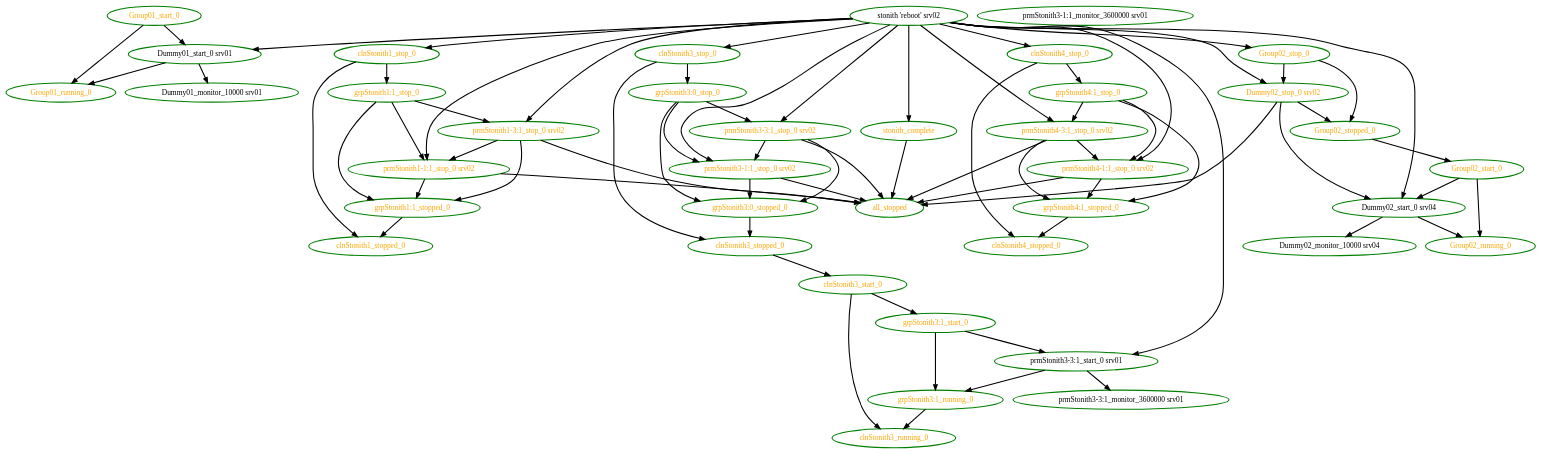
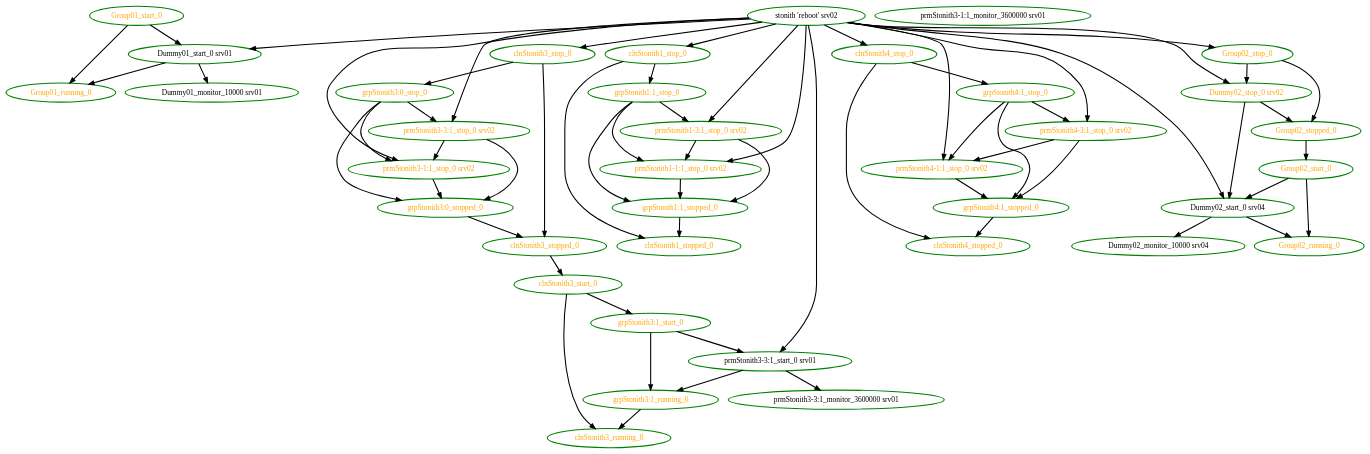
One commit to ClusterLabs/pacemaker changed the diagram in pengine/test10/bug-lf-2508.dot. Above: the diagram before and after it, drawn with Graphviz. The commit also changed 1421 other files, not shown here.

Commit message:
Test: scheduler: update tests for all_stopped/stonith_complete removal

```diff
--- a/pengine/test10/bug-lf-2508.dot
+++ b/pengine/test10/bug-lf-2508.dot
@@ -1,112 +1,101 @@
 digraph "g" {
 "Dummy01_monitor_10000 srv01" [ style=bold color="green" fontcolor="black" ]
 "Dummy01_start_0 srv01" -> "Dummy01_monitor_10000 srv01" [ style = bold]
 "Dummy01_start_0 srv01" -> "Group01_running_0" [ style = bold]
 "Dummy01_start_0 srv01" [ style=bold color="green" fontcolor="black" ]
 "Dummy02_monitor_10000 srv04" [ style=bold color="green" fontcolor="black" ]
 "Dummy02_start_0 srv04" -> "Dummy02_monitor_10000 srv04" [ style = bold]
 "Dummy02_start_0 srv04" -> "Group02_running_0" [ style = bold]
 "Dummy02_start_0 srv04" [ style=bold color="green" fontcolor="black" ]
 "Dummy02_stop_0 srv02" -> "Dummy02_start_0 srv04" [ style = bold]
 "Dummy02_stop_0 srv02" -> "Group02_stopped_0" [ style = bold]
-"Dummy02_stop_0 srv02" -> "all_stopped" [ style = bold]
 "Dummy02_stop_0 srv02" [ style=bold color="green" fontcolor="orange" ]
 "Group01_running_0" [ style=bold color="green" fontcolor="orange" ]
 "Group01_start_0" -> "Dummy01_start_0 srv01" [ style = bold]
 "Group01_start_0" -> "Group01_running_0" [ style = bold]
 "Group01_start_0" [ style=bold color="green" fontcolor="orange" ]
 "Group02_running_0" [ style=bold color="green" fontcolor="orange" ]
 "Group02_start_0" -> "Dummy02_start_0 srv04" [ style = bold]
 "Group02_start_0" -> "Group02_running_0" [ style = bold]
 "Group02_start_0" [ style=bold color="green" fontcolor="orange" ]
 "Group02_stop_0" -> "Dummy02_stop_0 srv02" [ style = bold]
 "Group02_stop_0" -> "Group02_stopped_0" [ style = bold]
 "Group02_stop_0" [ style=bold color="green" fontcolor="orange" ]
 "Group02_stopped_0" -> "Group02_start_0" [ style = bold]
 "Group02_stopped_0" [ style=bold color="green" fontcolor="orange" ]
-"all_stopped" [ style=bold color="green" fontcolor="orange" ]
 "clnStonith1_stop_0" -> "clnStonith1_stopped_0" [ style = bold]
 "clnStonith1_stop_0" -> "grpStonith1:1_stop_0" [ style = bold]
 "clnStonith1_stop_0" [ style=bold color="green" fontcolor="orange" ]
 "clnStonith1_stopped_0" [ style=bold color="green" fontcolor="orange" ]
 "clnStonith3_running_0" [ style=bold color="green" fontcolor="orange" ]
 "clnStonith3_start_0" -> "clnStonith3_running_0" [ style = bold]
 "clnStonith3_start_0" -> "grpStonith3:1_start_0" [ style = bold]
 "clnStonith3_start_0" [ style=bold color="green" fontcolor="orange" ]
 "clnStonith3_stop_0" -> "clnStonith3_stopped_0" [ style = bold]
 "clnStonith3_stop_0" -> "grpStonith3:0_stop_0" [ style = bold]
 "clnStonith3_stop_0" [ style=bold color="green" fontcolor="orange" ]
 "clnStonith3_stopped_0" -> "clnStonith3_start_0" [ style = bold]
 "clnStonith3_stopped_0" [ style=bold color="green" fontcolor="orange" ]
 "clnStonith4_stop_0" -> "clnStonith4_stopped_0" [ style = bold]
 "clnStonith4_stop_0" -> "grpStonith4:1_stop_0" [ style = bold]
 "clnStonith4_stop_0" [ style=bold color="green" fontcolor="orange" ]
 "clnStonith4_stopped_0" [ style=bold color="green" fontcolor="orange" ]
 "grpStonith1:1_stop_0" -> "grpStonith1:1_stopped_0" [ style = bold]
 "grpStonith1:1_stop_0" -> "prmStonith1-1:1_stop_0 srv02" [ style = bold]
 "grpStonith1:1_stop_0" -> "prmStonith1-3:1_stop_0 srv02" [ style = bold]
 "grpStonith1:1_stop_0" [ style=bold color="green" fontcolor="orange"]
 "grpStonith1:1_stopped_0" -> "clnStonith1_stopped_0" [ style = bold]
 "grpStonith1:1_stopped_0" [ style=bold color="green" fontcolor="orange"]
 "grpStonith3:0_stop_0" -> "grpStonith3:0_stopped_0" [ style = bold]
 "grpStonith3:0_stop_0" -> "prmStonith3-1:1_stop_0 srv02" [ style = bold]
 "grpStonith3:0_stop_0" -> "prmStonith3-3:1_stop_0 srv02" [ style = bold]
 "grpStonith3:0_stop_0" [ style=bold color="green" fontcolor="orange"]
 "grpStonith3:0_stopped_0" -> "clnStonith3_stopped_0" [ style = bold]
 "grpStonith3:0_stopped_0" [ style=bold color="green" fontcolor="orange"]
 "grpStonith3:1_running_0" -> "clnStonith3_running_0" [ style = bold]
 "grpStonith3:1_running_0" [ style=bold color="green" fontcolor="orange"]
 "grpStonith3:1_start_0" -> "grpStonith3:1_running_0" [ style = bold]
 "grpStonith3:1_start_0" -> "prmStonith3-3:1_start_0 srv01" [ style = bold]
 "grpStonith3:1_start_0" [ style=bold color="green" fontcolor="orange"]
 "grpStonith4:1_stop_0" -> "grpStonith4:1_stopped_0" [ style = bold]
 "grpStonith4:1_stop_0" -> "prmStonith4-1:1_stop_0 srv02" [ style = bold]
 "grpStonith4:1_stop_0" -> "prmStonith4-3:1_stop_0 srv02" [ style = bold]
 "grpStonith4:1_stop_0" [ style=bold color="green" fontcolor="orange"]
 "grpStonith4:1_stopped_0" -> "clnStonith4_stopped_0" [ style = bold]
 "grpStonith4:1_stopped_0" [ style=bold color="green" fontcolor="orange"]
-"prmStonith1-1:1_stop_0 srv02" -> "all_stopped" [ style = bold]
 "prmStonith1-1:1_stop_0 srv02" -> "grpStonith1:1_stopped_0" [ style = bold]
 "prmStonith1-1:1_stop_0 srv02" [ style=bold color="green" fontcolor="orange" ]
-"prmStonith1-3:1_stop_0 srv02" -> "all_stopped" [ style = bold]
 "prmStonith1-3:1_stop_0 srv02" -> "grpStonith1:1_stopped_0" [ style = bold]
 "prmStonith1-3:1_stop_0 srv02" -> "prmStonith1-1:1_stop_0 srv02" [ style = bold]
 "prmStonith1-3:1_stop_0 srv02" [ style=bold color="green" fontcolor="orange" ]
 "prmStonith3-1:1_monitor_3600000 srv01" [ style=bold color="green" fontcolor="black" ]
-"prmStonith3-1:1_stop_0 srv02" -> "all_stopped" [ style = bold]
 "prmStonith3-1:1_stop_0 srv02" -> "grpStonith3:0_stopped_0" [ style = bold]
 "prmStonith3-1:1_stop_0 srv02" [ style=bold color="green" fontcolor="orange"]
 "prmStonith3-3:1_monitor_3600000 srv01" [ style=bold color="green" fontcolor="black"]
 "prmStonith3-3:1_start_0 srv01" -> "grpStonith3:1_running_0" [ style = bold]
 "prmStonith3-3:1_start_0 srv01" -> "prmStonith3-3:1_monitor_3600000 srv01" [ style = bold]
 "prmStonith3-3:1_start_0 srv01" [ style=bold color="green" fontcolor="black"]
-"prmStonith3-3:1_stop_0 srv02" -> "all_stopped" [ style = bold]
 "prmStonith3-3:1_stop_0 srv02" -> "grpStonith3:0_stopped_0" [ style = bold]
 "prmStonith3-3:1_stop_0 srv02" -> "prmStonith3-1:1_stop_0 srv02" [ style = bold]
 "prmStonith3-3:1_stop_0 srv02" [ style=bold color="green" fontcolor="orange"]
-"prmStonith4-1:1_stop_0 srv02" -> "all_stopped" [ style = bold]
 "prmStonith4-1:1_stop_0 srv02" -> "grpStonith4:1_stopped_0" [ style = bold]
 "prmStonith4-1:1_stop_0 srv02" [ style=bold color="green" fontcolor="orange"]
-"prmStonith4-3:1_stop_0 srv02" -> "all_stopped" [ style = bold]
 "prmStonith4-3:1_stop_0 srv02" -> "grpStonith4:1_stopped_0" [ style = bold]
 "prmStonith4-3:1_stop_0 srv02" -> "prmStonith4-1:1_stop_0 srv02" [ style = bold]
 "prmStonith4-3:1_stop_0 srv02" [ style=bold color="green" fontcolor="orange"]
 "stonith 'reboot' srv02" -> "Dummy01_start_0 srv01" [ style = bold]
 "stonith 'reboot' srv02" -> "Dummy02_start_0 srv04" [ style = bold]
 "stonith 'reboot' srv02" -> "Dummy02_stop_0 srv02" [ style = bold]
 "stonith 'reboot' srv02" -> "Group02_stop_0" [ style = bold]
 "stonith 'reboot' srv02" -> "clnStonith1_stop_0" [ style = bold]
 "stonith 'reboot' srv02" -> "clnStonith3_stop_0" [ style = bold]
 "stonith 'reboot' srv02" -> "clnStonith4_stop_0" [ style = bold]
 "stonith 'reboot' srv02" -> "prmStonith1-1:1_stop_0 srv02" [ style = bold]
 "stonith 'reboot' srv02" -> "prmStonith1-3:1_stop_0 srv02" [ style = bold]
 "stonith 'reboot' srv02" -> "prmStonith3-1:1_stop_0 srv02" [ style = bold]
 "stonith 'reboot' srv02" -> "prmStonith3-3:1_start_0 srv01" [ style = bold]
 "stonith 'reboot' srv02" -> "prmStonith3-3:1_stop_0 srv02" [ style = bold]
 "stonith 'reboot' srv02" -> "prmStonith4-1:1_stop_0 srv02" [ style = bold]
 "stonith 'reboot' srv02" -> "prmStonith4-3:1_stop_0 srv02" [ style = bold]
-"stonith 'reboot' srv02" -> "stonith_complete" [ style = bold]
 "stonith 'reboot' srv02" [ style=bold color="green" fontcolor="black"]
-"stonith_complete" -> "all_stopped" [ style = bold]
-"stonith_complete" [ style=bold color="green" fontcolor="orange" ]
 }
```
